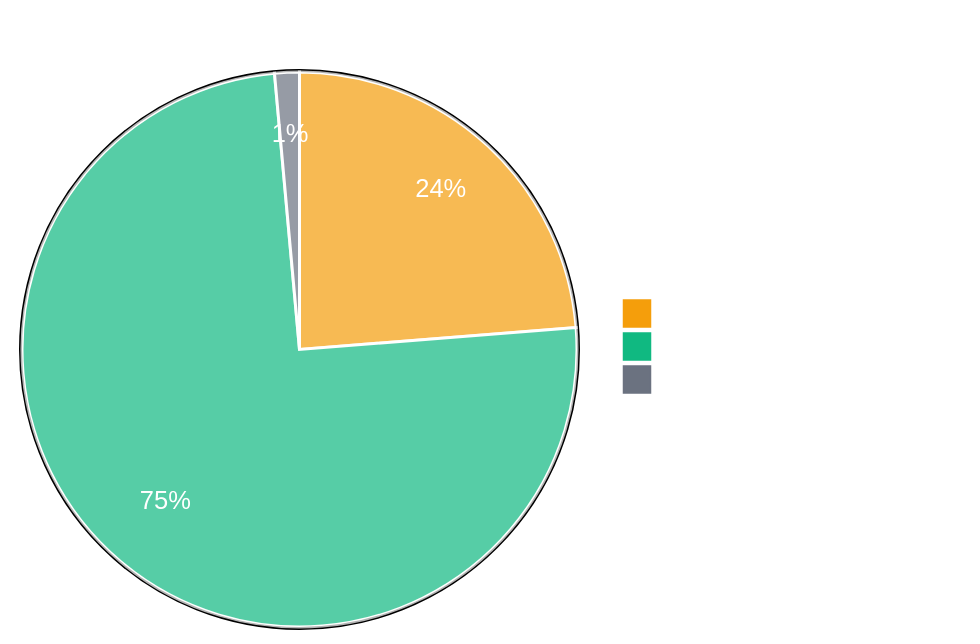
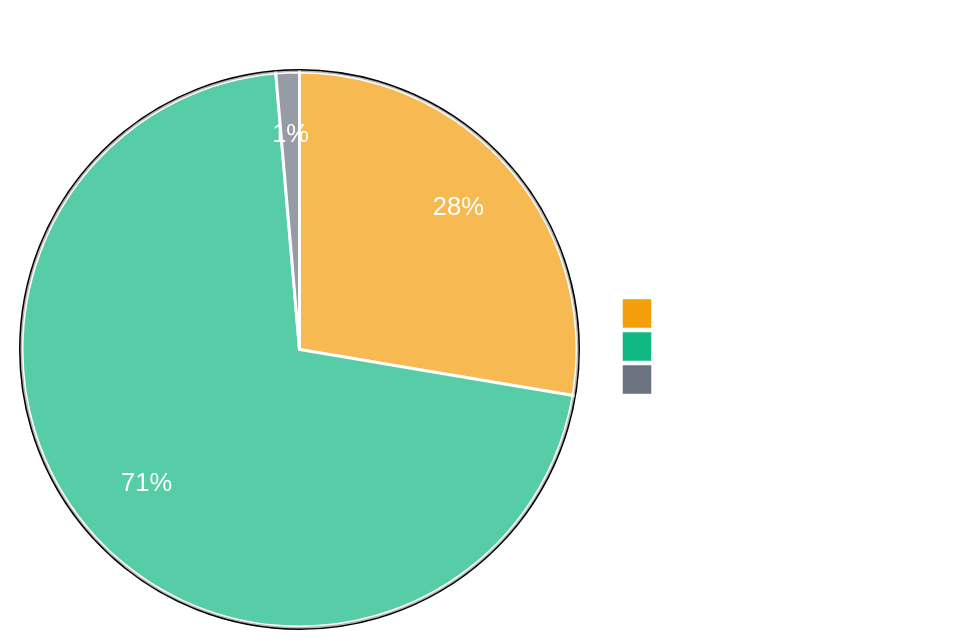
One commit to synthotec/synthotec.github.io changed the first of 4 diagrams in Documentation/SynthoTec-4D/Overview.md. Above: the diagram before and after it, drawn with Mermaid. The commit also changed other lines of this file, not shown here.

````diff
--- a/Documentation/SynthoTec-4D/Overview.md
+++ b/Documentation/SynthoTec-4D/Overview.md
@@ -18,7 +18,7 @@
 ```mermaid
 %%{init: {'theme':'base', 'themeVariables': {'pieStrokeColor': '#ffffff', 'pieStrokeWidth': '2px', 'primaryColor': '#f59e0b', 'primaryTextColor': '#fff', 'primaryBorderColor': '#000', 'secondaryColor': '#10b981', 'secondaryTextColor': '#fff', 'secondaryBorderColor': '#000', 'tertiaryColor': '#6b7280', 'tertiaryTextColor': '#fff', 'tertiaryBorderColor': '#000'}}}%%
 pie showData title Documentation Completion Status
-    "Fully Documented" : 66
+    "Fully Documented" : 81
     "Partially Documented" : 208
     "Not Started" : 4
 ```
````
